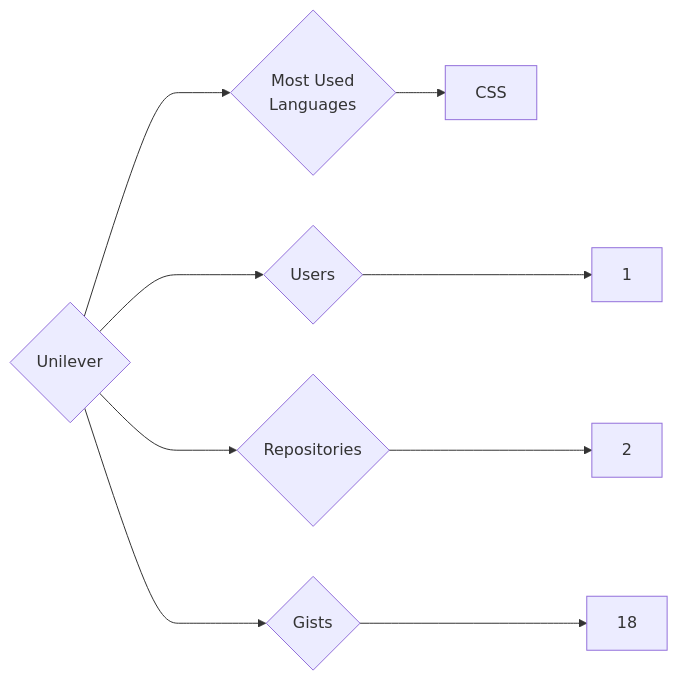
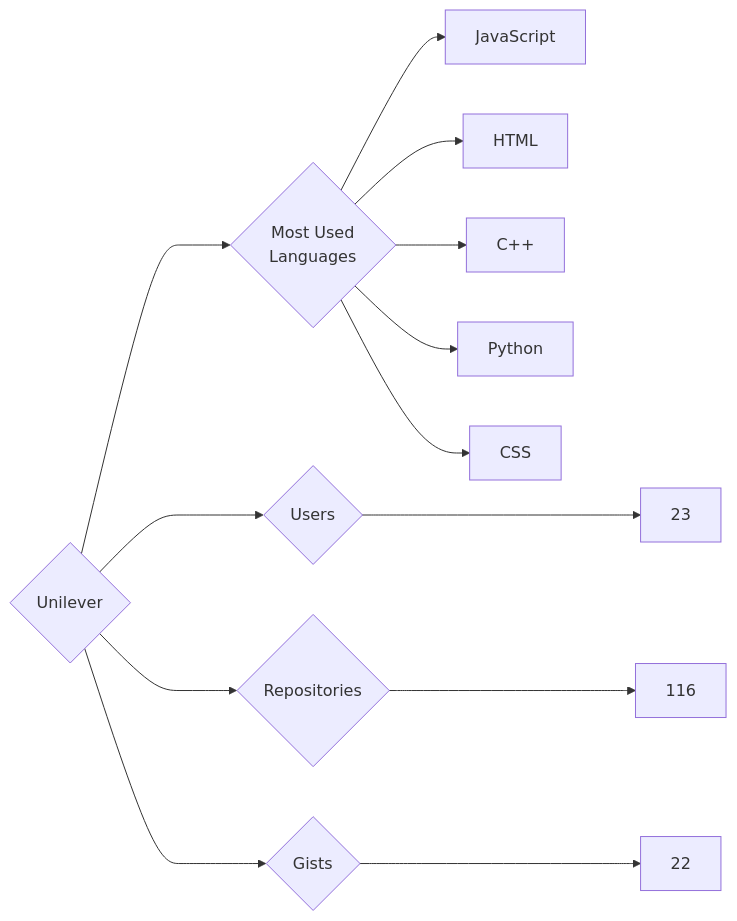
Before and after one commit to trickest/insiders: the diagram in targets/Unilever/README.md, drawn with Mermaid. The commit also changed 871 other files, not shown here.

````diff
--- a/targets/Unilever/README.md
+++ b/targets/Unilever/README.md
@@ -3,9 +3,13 @@
 ```mermaid
 graph LR
 COMPANY_NAME{Unilever}
-COMPANY_NAME ---> U{Users} ---> UN[1]
-COMPANY_NAME ---> R{Repositories} ---> RN[2]
-COMPANY_NAME ---> G{Gists} ---> GN[18]
+COMPANY_NAME ---> U{Users} ---> UN[23]
+COMPANY_NAME ---> R{Repositories} ---> RN[116]
+COMPANY_NAME ---> G{Gists} ---> GN[22]
 COMPANY_NAME ---> ML{Most Used<br>Languages}
+ML --> JavaScript[JavaScript]
+ML --> HTML[HTML]
+ML --> C++[C++]
+ML --> Python[Python]
 ML --> CSS[CSS]
 ```
````
